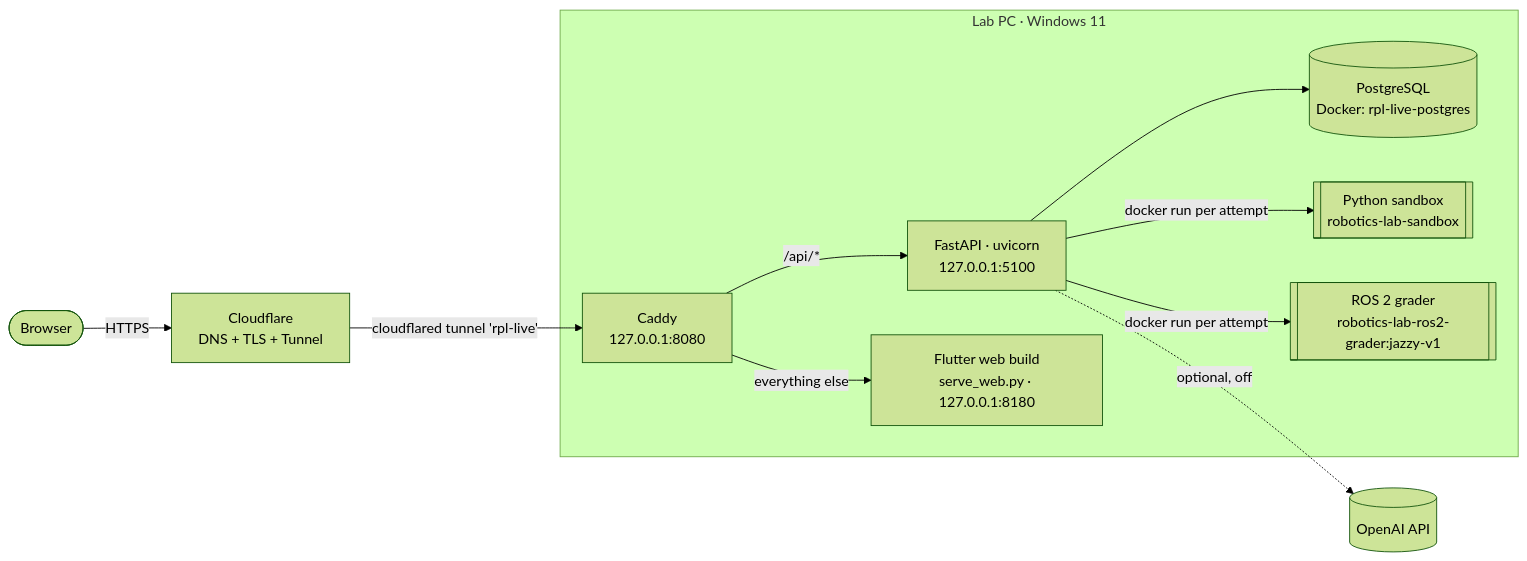
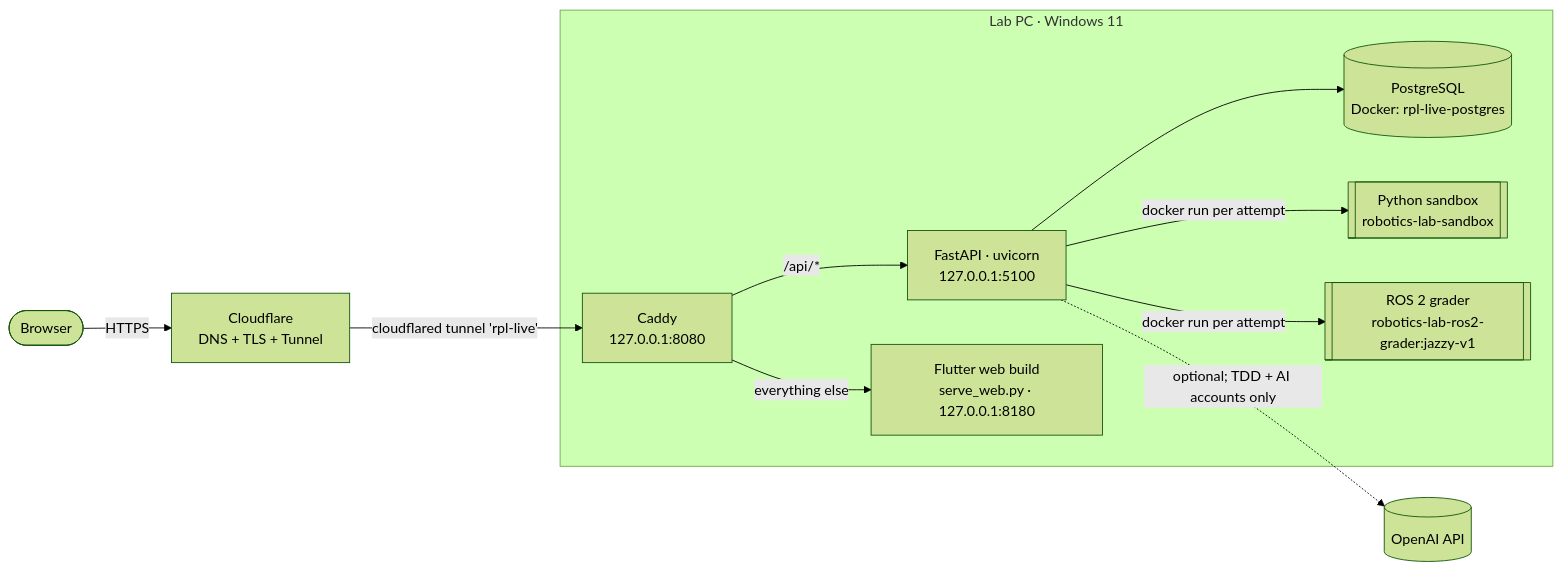
The first of 2 diagrams in docs/system-architecture/TRD.md (CS-Ponkoj/Robotics-Programming-Lab-Live), drawn with Mermaid (forest theme) before and after one commit. The commit also changed other lines of this file and 6 other files, not shown here.

````diff
--- a/docs/system-architecture/TRD.md
+++ b/docs/system-architecture/TRD.md
@@ -14,16 +14,16 @@
 ```mermaid
 flowchart LR
     U([Browser]) -->|HTTPS| CF[Cloudflare<br/>DNS + TLS + Tunnel]
     CF -->|cloudflared tunnel 'rpl-live'| CADDY
 
     subgraph PC[Lab PC · Windows 11]
         CADDY[Caddy<br/>127.0.0.1:8080]
         CADDY -->|/api/*| API[FastAPI · uvicorn<br/>127.0.0.1:5100]
         CADDY -->|everything else| WEB[Flutter web build<br/>serve_web.py · 127.0.0.1:8180]
         API --> PG[(PostgreSQL<br/>Docker: rpl-live-postgres)]
         API -->|docker run per attempt| PYS[[Python sandbox<br/>robotics-lab-sandbox]]
         API -->|docker run per attempt| ROS[[ROS 2 grader<br/>robotics-lab-ros2-grader:jazzy-v1]]
     end
 
-    API -.->|optional, off| OAI[(OpenAI API)]
+    API -.->|optional; TDD + AI accounts only| OAI[(OpenAI API)]
 ```
````
